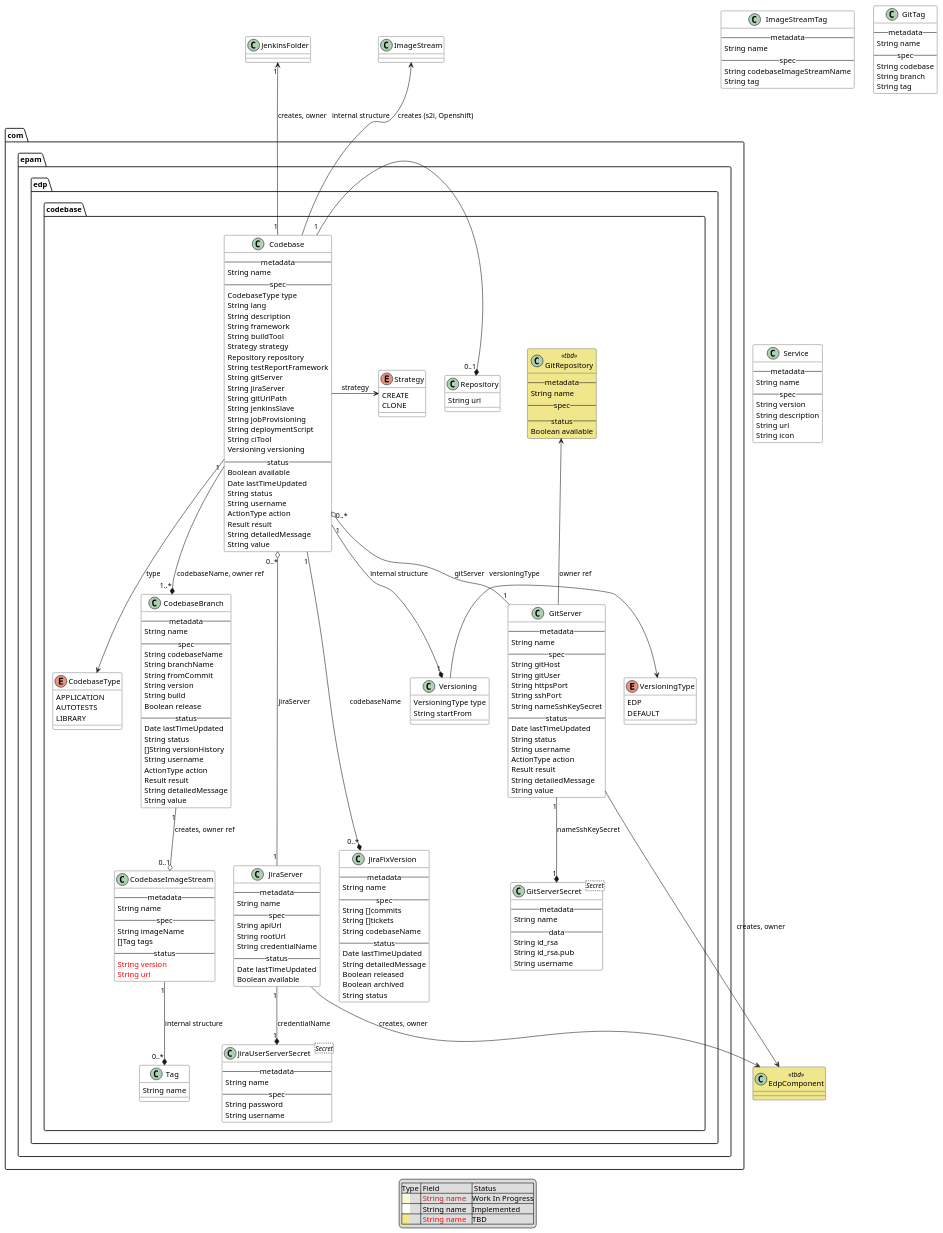
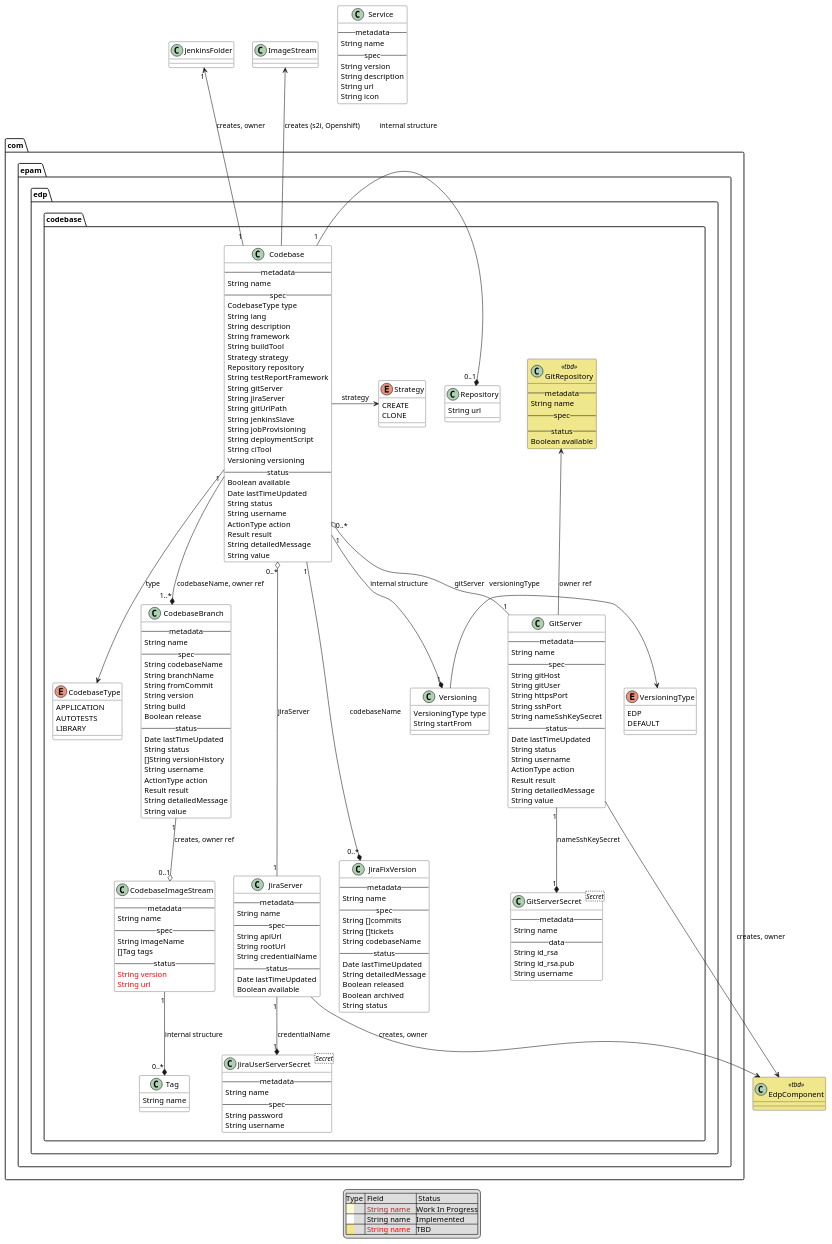
The diagram in docs/puml/arch.puml (epam/edp-codebase-operator), drawn with PlantUML before and after one commit. The commit also changed 44 other files, not shown here.

```diff
--- a/docs/puml/arch.puml
+++ b/docs/puml/arch.puml
@@ -186,23 +186,6 @@
   }
 }
 
-class ImageStreamTag {
-    -- metadata --
-    String name
-    -- spec --
-    String codebaseImageStreamName
-    String tag
-}
-
-class GitTag {
-    -- metadata --
-    String name
-    -- spec --
-    String codebase
-    String branch
-    String tag
-}
-
 class Service {
     -- metadata --
     String name
```
